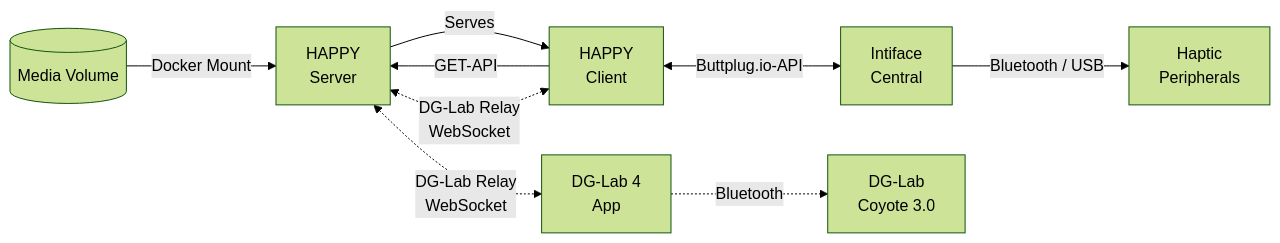
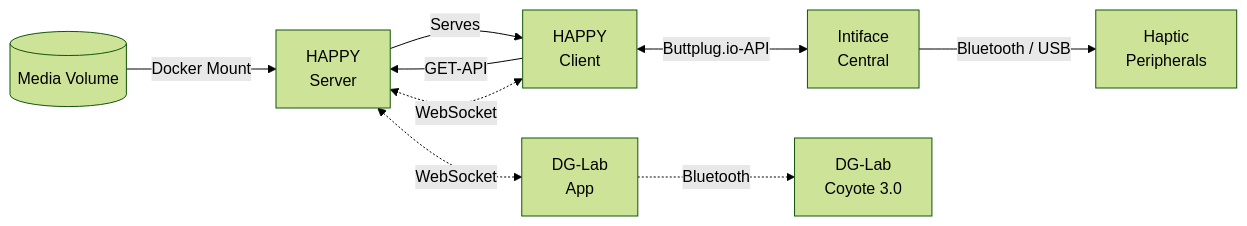
One commit to lumbar-spine-support/docker-haptic-player changed the diagram in docs/index.md. Above: the diagram before and after it, drawn with Mermaid (forest theme). The commit also changed other lines of this file and 9 other files, not shown here.

````diff
--- a/docs/index.md
+++ b/docs/index.md
@@ -11,19 +12,19 @@
 ```mermaid
 flowchart LR
   Media[(Media Volume)]
   Client[HAPPY\nClient]
   HAPPY[HAPPY\nServer]
   Intiface[Intiface\nCentral]
   Toys[Haptic\nPeripherals]
-  DGLab[DG-Lab 4\nApp]
+  DGLab[DG-Lab\nApp]
   Coyote[DG-Lab\nCoyote 3.0]
 
   Client -->|GET-API| HAPPY
   HAPPY -->|Serves| Client
   Client <-->|Buttplug.io-API| Intiface
   Intiface -->|Bluetooth / USB| Toys
   Media -->|Docker Mount| HAPPY
-  Client <-.->|DG-Lab Relay\nWebSocket| HAPPY
-  HAPPY <-.->|DG-Lab Relay\nWebSocket| DGLab
+  Client <-.->|WebSocket| HAPPY
+  HAPPY <-.->|WebSocket| DGLab
   DGLab -.->|Bluetooth| Coyote
 ```
````
